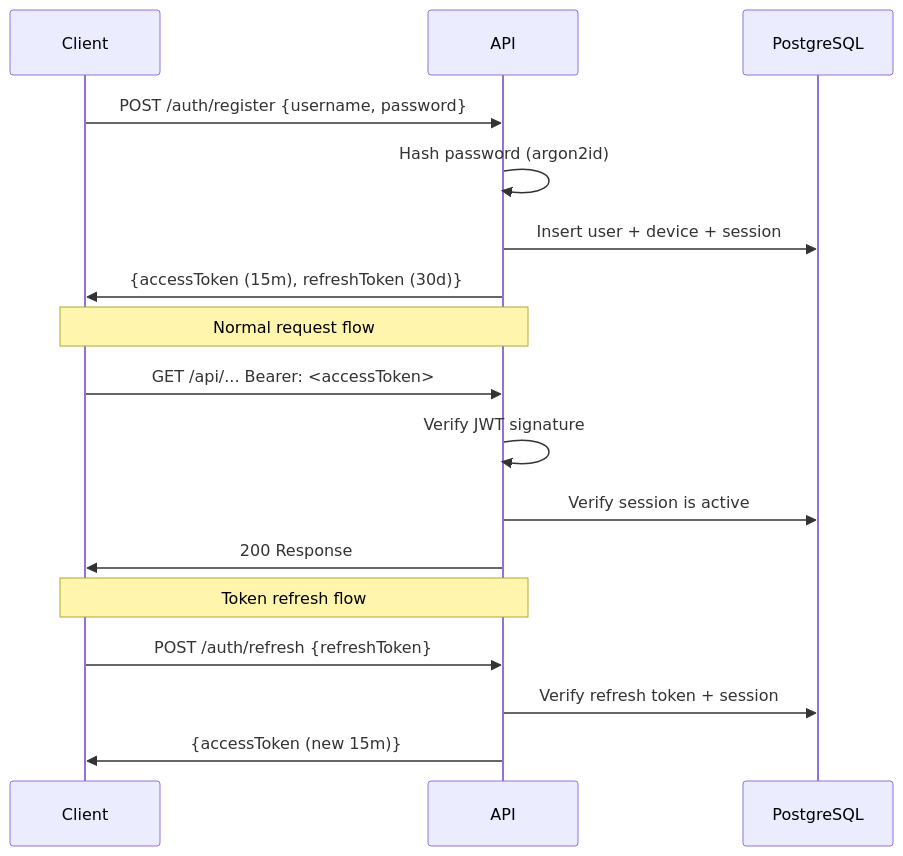
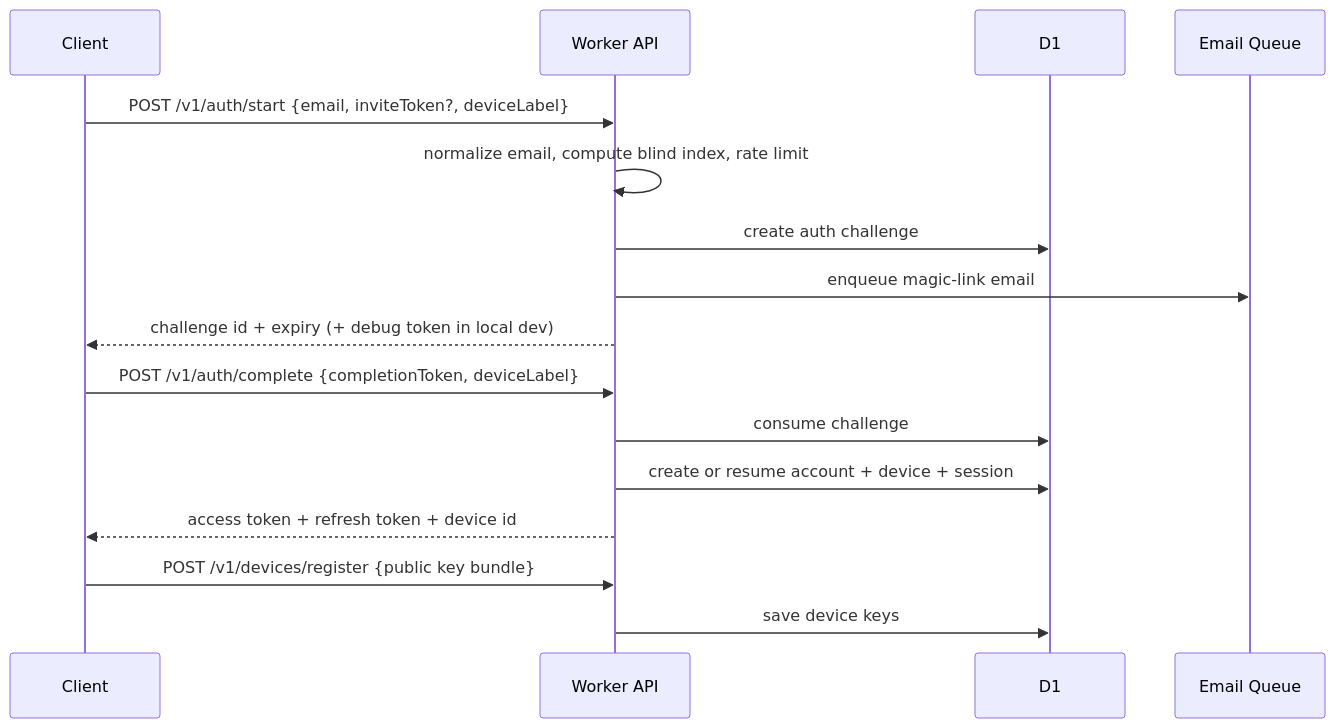
One commit to jhwodchuck/EmberChamber changed the second of 3 diagrams in docs/architecture.md. Above: the diagram before and after it, drawn with Mermaid. The commit also changed other lines of this file and 170 other files, not shown here.

````diff
--- a/docs/architecture.md
+++ b/docs/architecture.md
@@ -79,22 +51,21 @@
 ```mermaid
 sequenceDiagram
-    participant C as Client
-    participant A as API
-    participant DB as PostgreSQL
+    participant Client
+    participant Relay as Worker API
+    participant D1
+    participant Queue as Email Queue
 
-    C->>A: POST /auth/register {username, password}
-    A->>A: Hash password (argon2id)
-    A->>DB: Insert user + device + session
-    A->>C: {accessToken (15m), refreshToken (30d)}
+    Client->>Relay: POST /v1/auth/start {email, inviteToken?, deviceLabel}
+    Relay->>Relay: normalize email, compute blind index, rate limit
+    Relay->>D1: create auth challenge
+    Relay->>Queue: enqueue magic-link email
+    Relay-->>Client: challenge id + expiry (+ debug token in local dev)
 
-    Note over C,A: Normal request flow
-    C->>A: GET /api/... Bearer: <accessToken>
-    A->>A: Verify JWT signature
-    A->>DB: Verify session is active
-    A->>C: 200 Response
+    Client->>Relay: POST /v1/auth/complete {completionToken, deviceLabel}
+    Relay->>D1: consume challenge
+    Relay->>D1: create or resume account + device + session
+    Relay-->>Client: access token + refresh token + device id
 
-    Note over C,A: Token refresh flow
-    C->>A: POST /auth/refresh {refreshToken}
-    A->>DB: Verify refresh token + session
-    A->>C: {accessToken (new 15m)}
+    Client->>Relay: POST /v1/devices/register {public key bundle}
+    Relay->>D1: save device keys
 ```
````
